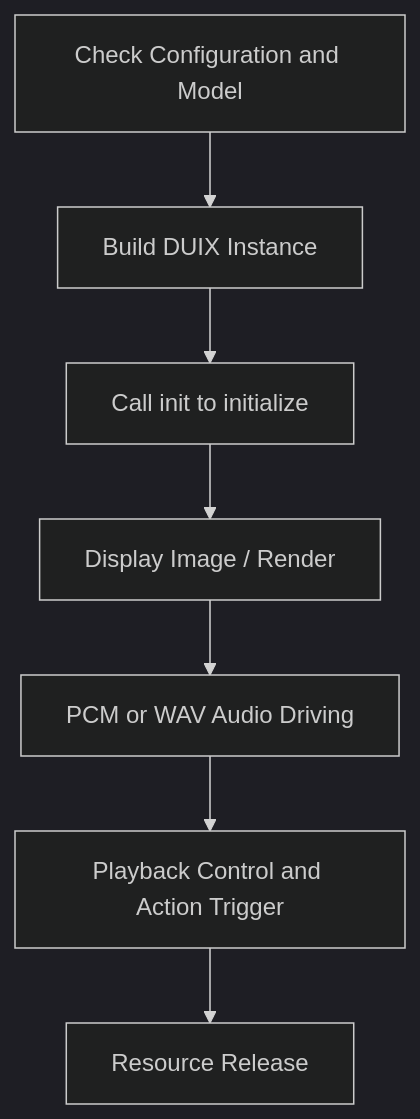
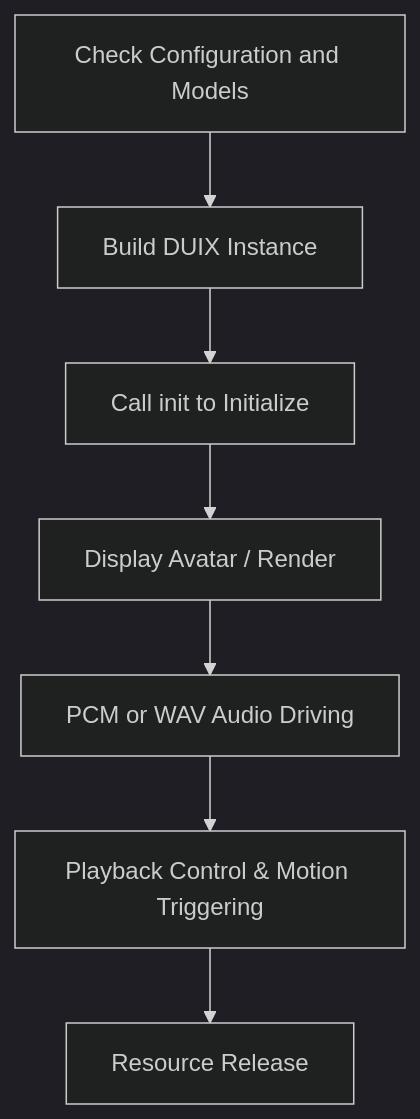
Before and after one commit to shixingxing/Duix-Mobile: the diagram in duix-android/dh_aigc_android/README_en.md, drawn with Mermaid (dark theme). The commit also changed other lines of this file and 1 other file, not shown here.

````diff
--- a/duix-android/dh_aigc_android/README_en.md
+++ b/duix-android/dh_aigc_android/README_en.md
@@ -52,9 +87,9 @@
 ```mermaid
 graph TD
-A[Check Configuration and Model] --> B[Build DUIX Instance]
-B --> C[Call init to initialize]
-C --> D[Display Image / Render]
+A[Check Configuration and Models] --> B[Build DUIX Instance]
+B --> C[Call init to Initialize]
+C --> D[Display Avatar / Render]
 D --> E[PCM or WAV Audio Driving]
-E --> F[Playback Control and Action Trigger]
+E --> F[Playback Control & Motion Triggering]
 F --> G[Resource Release]
 ```
````
